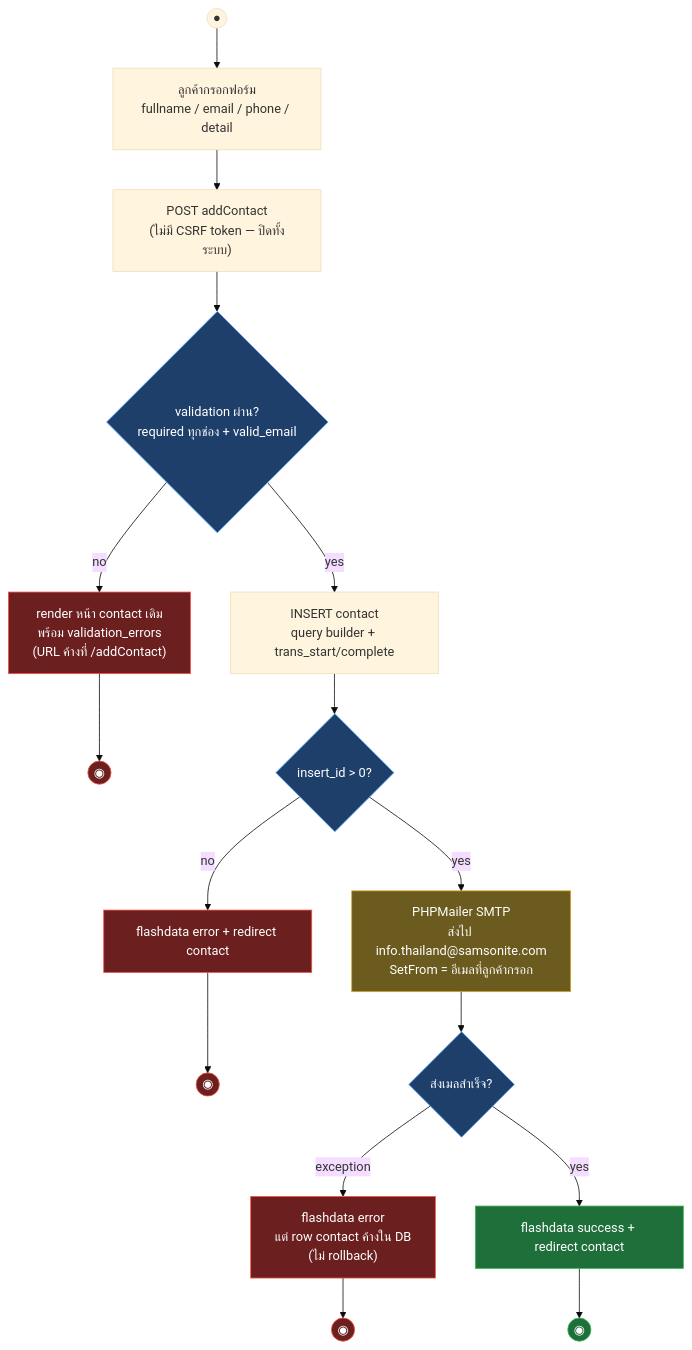
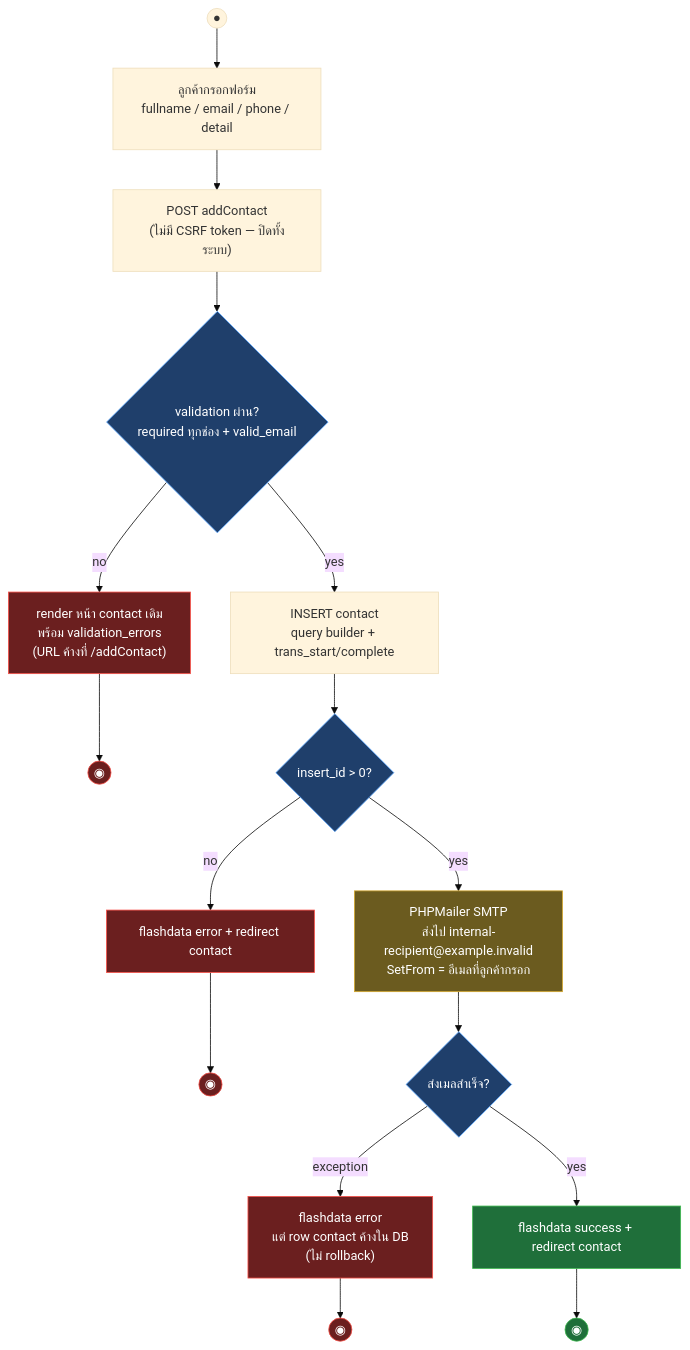
Before and after one commit to metrodiesign/samsoniteci4: the third of 4 diagrams in outputs/diagrams/2026-08-17_ci3-workflow-design_v1/04-public-site.md, drawn with Mermaid (base theme). The commit also changed 7 other files, not shown here.

````diff
--- a/outputs/diagrams/2026-08-17_ci3-workflow-design_v1/04-public-site.md
+++ b/outputs/diagrams/2026-08-17_ci3-workflow-design_v1/04-public-site.md
@@ -117,27 +117,27 @@
 ```mermaid
 flowchart TD
     START((●)) --> FORM["ลูกค้ากรอกฟอร์ม<br/>fullname / email / phone / detail"]
     FORM --> POST["POST addContact<br/>(ไม่มี CSRF token — ปิดทั้งระบบ)"]
     POST --> VAL{"validation ผ่าน?<br/>required ทุกช่อง + valid_email"}
     VAL -->|no| RVAL["render หน้า contact เดิม<br/>พร้อม validation_errors<br/>(URL ค้างที่ /addContact)"]
     RVAL --> END_F((◉))
     VAL -->|yes| INSDB["INSERT contact<br/>query builder + trans_start/complete"]
     INSDB --> INSOK{insert_id > 0?}
     INSOK -->|no| RINS[flashdata error + redirect contact]
     RINS --> END_F2((◉))
-    INSOK -->|yes| MAIL["PHPMailer SMTP<br/>ส่งไป info.thailand@samsonite.com<br/>SetFrom = อีเมลที่ลูกค้ากรอก"]
+    INSOK -->|yes| MAIL["PHPMailer SMTP<br/>ส่งไป internal-recipient@example.invalid<br/>SetFrom = อีเมลที่ลูกค้ากรอก"]
     MAIL --> MOK{ส่งเมลสำเร็จ?}
     MOK -->|"exception"| RMAIL["flashdata error<br/>แต่ row contact ค้างใน DB<br/>(ไม่ rollback)"]
     RMAIL --> END_F3((◉))
     MOK -->|yes| ROK[flashdata success + redirect contact]
     ROK --> END_S((◉))
 
     classDef ok fill:#1f6f3a,stroke:#3fb950,color:#fff
     classDef fail fill:#6b1f1f,stroke:#f85149,color:#fff
     classDef gate fill:#1f3f6b,stroke:#58a6ff,color:#fff
     classDef warn fill:#6b5b1f,stroke:#d4a72c,color:#fff
     class ROK,END_S ok
     class RVAL,END_F,RINS,END_F2,RMAIL,END_F3 fail
     class VAL,INSOK,MOK gate
     class MAIL warn
 ```
````
